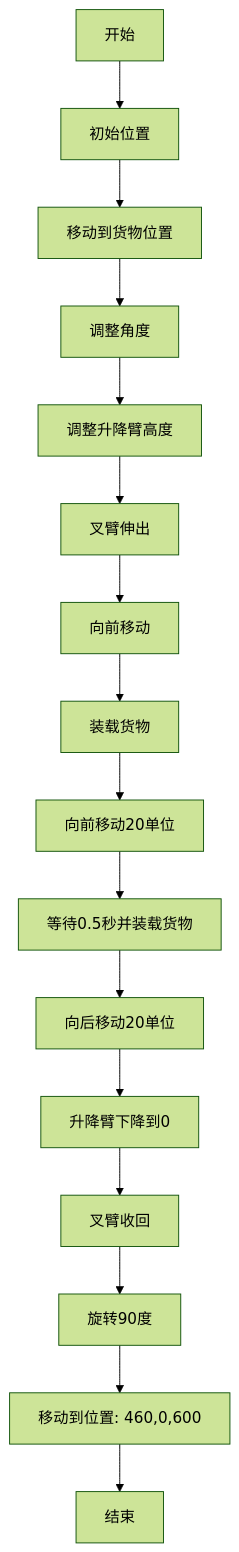
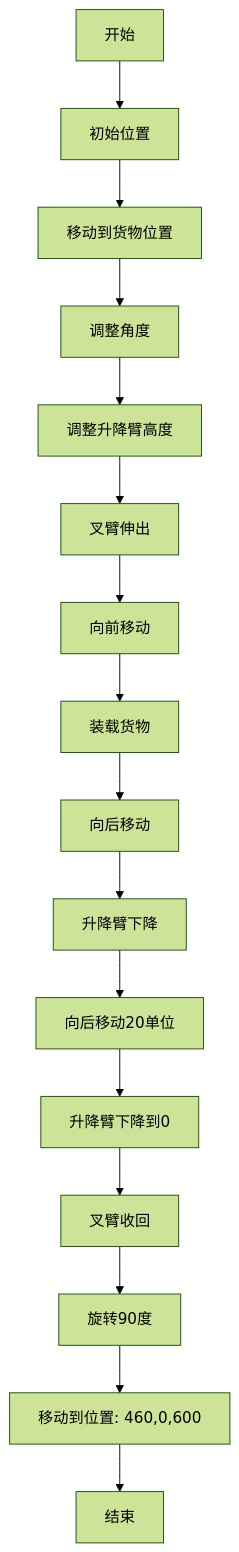
The diagram in all/未命名-1.md (Mrmilu212/iodraw-files), drawn with Mermaid (forest theme) before and after one commit.

Commit message:
2025-05-20 14:23:38 update

````diff
--- a/all/未命名-1.md
+++ b/all/未命名-1.md
@@ -1,18 +1,18 @@
 ```mermaid
 graph TD
     A[开始] --> B[初始位置]
     B --> C[移动到货物位置]
     C --> D[调整角度]
     D --> E[调整升降臂高度]
     E --> F[叉臂伸出]
     F --> G[向前移动]
     G --> H[装载货物]
-    H --> I[向前移动20单位]
-    I --> J[等待0.5秒并装载货物]
+    H --> I[向后移动]
+    I --> J[升降臂下降]
     J --> K[向后移动20单位]
     K --> L[升降臂下降到0]
     L --> M[叉臂收回]
     M --> N[旋转90度]
     N --> O[移动到位置: 460,0,600]
     O --> P[结束]
 ```
````
